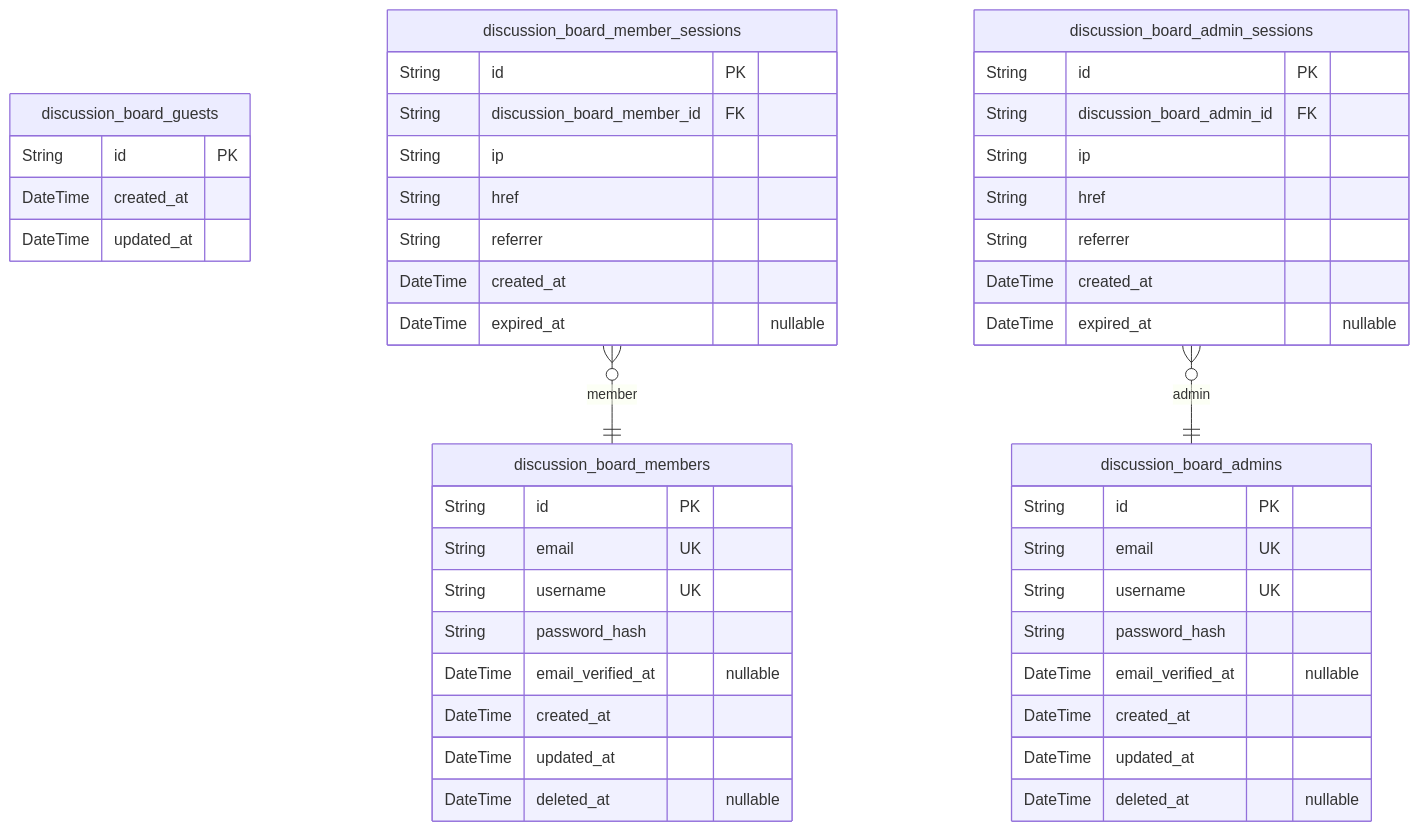
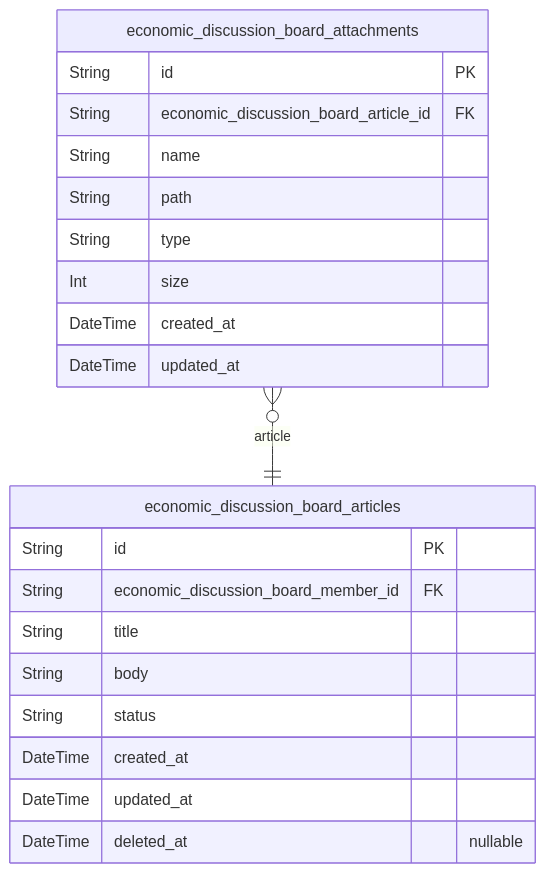
Before and after one commit to wrtnlabs/autobe-examples: the second of 3 diagrams in x-ai/grok-code-fast-1/bbs/docs/ERD.md, drawn with Mermaid. The commit also changed other lines of this file and 3569 other files, not shown here.

````diff
--- a/x-ai/grok-code-fast-1/bbs/docs/ERD.md
+++ b/x-ai/grok-code-fast-1/bbs/docs/ERD.md
@@ -174,48 +157,24 @@
 ```mermaid
 erDiagram
-"discussion_board_guests" {
+"economic_discussion_board_articles" {
   String id PK
-  DateTime created_at
-  DateTime updated_at
-}
-"discussion_board_members" {
-  String id PK
-  String email UK
-  String username UK
-  String password_hash
-  DateTime email_verified_at "nullable"
+  String economic_discussion_board_member_id FK
+  String title
+  String body
+  String status
   DateTime created_at
   DateTime updated_at
   DateTime deleted_at "nullable"
 }
-"discussion_board_member_sessions" {
+"economic_discussion_board_attachments" {
   String id PK
-  String discussion_board_member_id FK
-  String ip
-  String href
-  String referrer
-  DateTime created_at
-  DateTime expired_at "nullable"
-}
-"discussion_board_admins" {
-  String id PK
-  String email UK
-  String username UK
-  String password_hash
-  DateTime email_verified_at "nullable"
+  String economic_discussion_board_article_id FK
+  String name
+  String path
+  String type
+  Int size
   DateTime created_at
   DateTime updated_at
-  DateTime deleted_at "nullable"
 }
-"discussion_board_admin_sessions" {
-  String id PK
-  String discussion_board_admin_id FK
-  String ip
-  String href
-  String referrer
-  DateTime created_at
-  DateTime expired_at "nullable"
-}
-"discussion_board_member_sessions" }o--|| "discussion_board_members" : member
-"discussion_board_admin_sessions" }o--|| "discussion_board_admins" : admin
+"economic_discussion_board_attachments" }o--|| "economic_discussion_board_articles" : article
 ```
````
